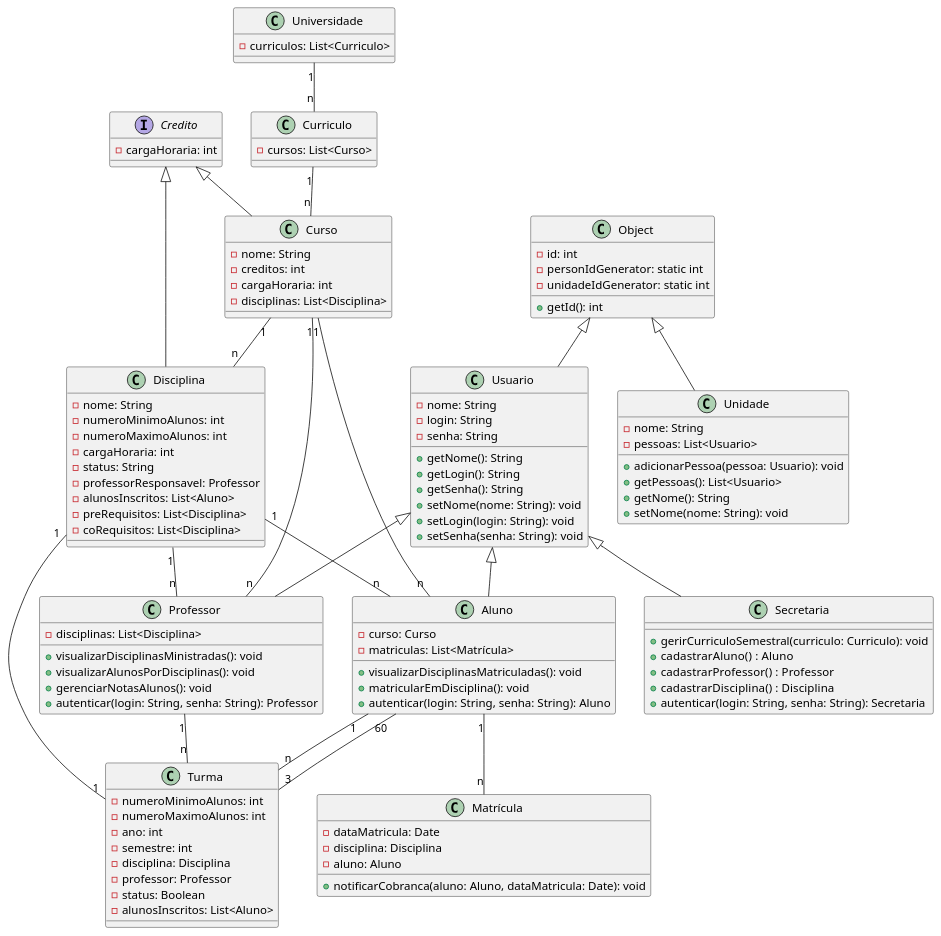
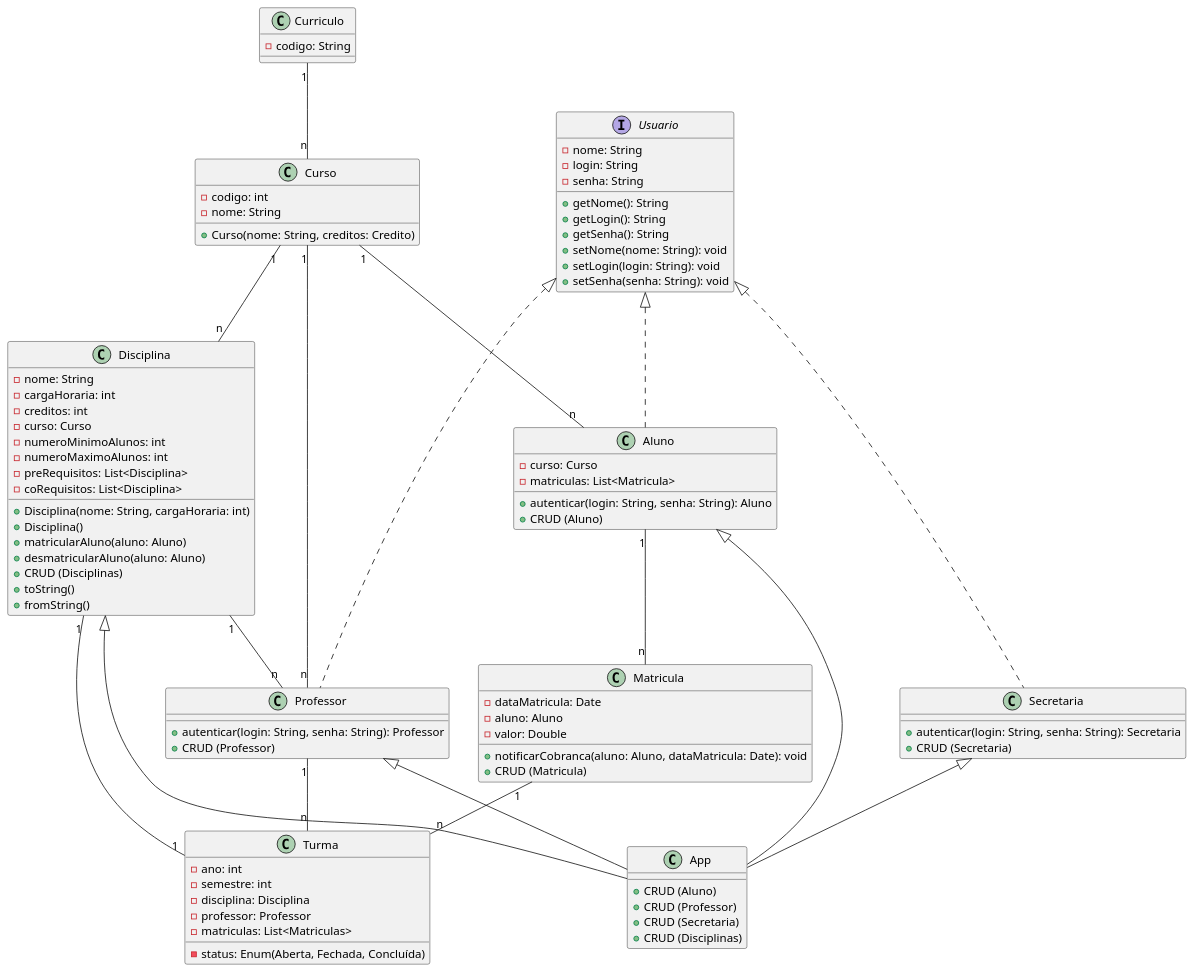
Before and after one commit to JoaoYM/Lab.-Desenvolvimento-de-Software: the diagram in projeto/Sistema de Matrículas/UML/Diagrama de Classes/diagramaClasse.plantuml, drawn with PlantUML. The commit also changed 15 other files, not shown here.

Commit message:
update: Diagrama de classe atualizado

```diff
--- a/projeto/Sistema de Matrículas/UML/Diagrama de Classes/diagramaClasse.plantuml
+++ b/projeto/Sistema de Matrículas/UML/Diagrama de Classes/diagramaClasse.plantuml
@@ -1,115 +1,105 @@
 @startuml
-class Universidade {
-    -curriculos: List<Curriculo>
+
+class App {
+    +CRUD (Aluno)
+    +CRUD (Professor)
+    +CRUD (Secretaria)
+    +CRUD (Disciplinas)
 }
 
 class Curriculo {
-    -cursos: List<Curso>
+   -codigo: String
 }
 
-class Curso extends Credito {
+class Curso {
+    -codigo: int
     -nome: String
-    -creditos: int
-    -cargaHoraria: int
-    -disciplinas: List<Disciplina>
+    +Curso(nome: String, creditos: Credito)
 }
 
-class Disciplina extends Credito {
+
+class Disciplina{
     -nome: String
+    -cargaHoraria: int
+    -creditos: int
+    -curso: Curso
     -numeroMinimoAlunos: int
     -numeroMaximoAlunos: int
-    -cargaHoraria: int
-    -status: String
-    -professorResponsavel: Professor
-    -alunosInscritos: List<Aluno>
     -preRequisitos: List<Disciplina>
     -coRequisitos: List<Disciplina>
+    +Disciplina(nome: String, cargaHoraria: int)
+    +Disciplina()
+    +matricularAluno(aluno: Aluno)
+    +desmatricularAluno(aluno: Aluno)
+    +CRUD (Disciplinas)
+    +toString()
+    +fromString()
 }
 
-class Aluno extends Usuario {
-    -curso: Curso
-    -matriculas: List<Matrícula>
-    +visualizarDisciplinasMatriculadas(): void
-    +matricularEmDisciplina(): void
-    +autenticar(login: String, senha: String): Aluno
+class Matricula {
+    -dataMatricula: Date
+    -aluno: Aluno
+    -valor: Double
+    +notificarCobranca(aluno: Aluno, dataMatricula: Date): void
+    +CRUD (Matricula)
 }
 
-class Professor extends Usuario {
-    -disciplinas: List<Disciplina>
-    +visualizarDisciplinasMinistradas(): void
-    +visualizarAlunosPorDisciplinas(): void
-    +gerenciarNotasAlunos(): void
+class Professor implements Usuario {
     +autenticar(login: String, senha: String): Professor
+    +CRUD (Professor)
 }
 
-class Secretaria extends Usuario {
-    +gerirCurriculoSemestral(curriculo: Curriculo): void
-    +cadastrarAluno()  : Aluno
-    +cadastrarProfessor()  : Professor
-    +cadastrarDisciplina()  : Disciplina
-    +autenticar(login: String, senha: String): Secretaria
+
+class Aluno implements Usuario {
+    -curso: Curso
+    -matriculas: List<Matricula>
+    +autenticar(login: String, senha: String): Aluno
+    +CRUD (Aluno)
 }
 
-class Matrícula {
-    -dataMatricula: Date
-    -disciplina: Disciplina
-    -aluno: Aluno
-    +notificarCobranca(aluno: Aluno, dataMatricula: Date): void
+
+class Secretaria implements Usuario {
+    +autenticar(login: String, senha: String): Secretaria
+    +CRUD (Secretaria)
 }
 
 class Turma {
-    -numeroMinimoAlunos: int
-    -numeroMaximoAlunos: int
     -ano: int
     -semestre: int
     -disciplina: Disciplina
     -professor: Professor
-    -status: Boolean
-    -alunosInscritos: List<Aluno>
+    -status: Enum(Aberta, Fechada, Concluída)
+    -matriculas: List<Matriculas>
 }
 
-interface Credito {
-    -cargaHoraria: int
-}
-
-class Unidade extends Object {
-    -nome: String
-    -pessoas: List<Usuario>
-    +adicionarPessoa(pessoa: Usuario): void
-    +getPessoas(): List<Usuario>
-    +getNome(): String
-    +setNome(nome: String): void
-}
-
-class Usuario extends Object {
+interface Usuario{
     -nome: String
     -login: String
     -senha: String
     +getNome(): String
     +getLogin(): String
     +getSenha(): String
     +setNome(nome: String): void
     +setLogin(login: String): void
     +setSenha(senha: String): void
 }
 
-class Object {
-    -id: int
-    -personIdGenerator: static int
-    -unidadeIdGenerator: static int
-    +getId(): int
-}
-
-Universidade "1" -- "n" Curriculo
+' Universidade "1" -- "n" Curriculo
 Curriculo "1" -- "n" Curso
 Curso "1" -- "n" Disciplina
 Curso "1" -- "n" Aluno
 Curso "1" -- "n" Professor
-Disciplina "1" -- "n" Aluno
 Disciplina "1" -- "n" Professor
-Aluno "1" -- "n" Matrícula
+Aluno "1" -- "n" Matricula
 Professor "1" -- "n" Turma
 Disciplina "1" -- "1" Turma
-Turma "3" -- "60" Aluno
-Aluno "1" -- "n" Turma
+Matricula "1" -- "n" Turma
+
+
+' Relações da classe App
+Professor   <|--  App 
+Aluno       <|--  App 
+Secretaria  <|--  App 
+Disciplina  <|--  App 
+
 @enduml
```
